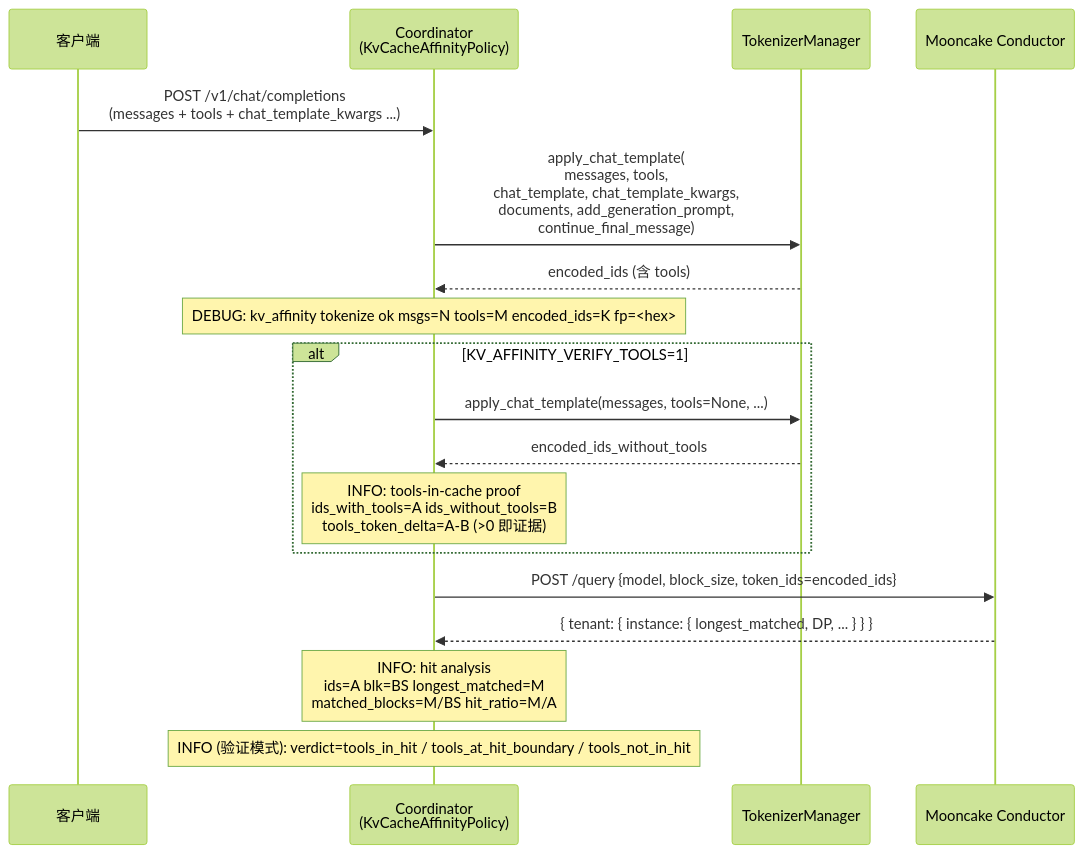
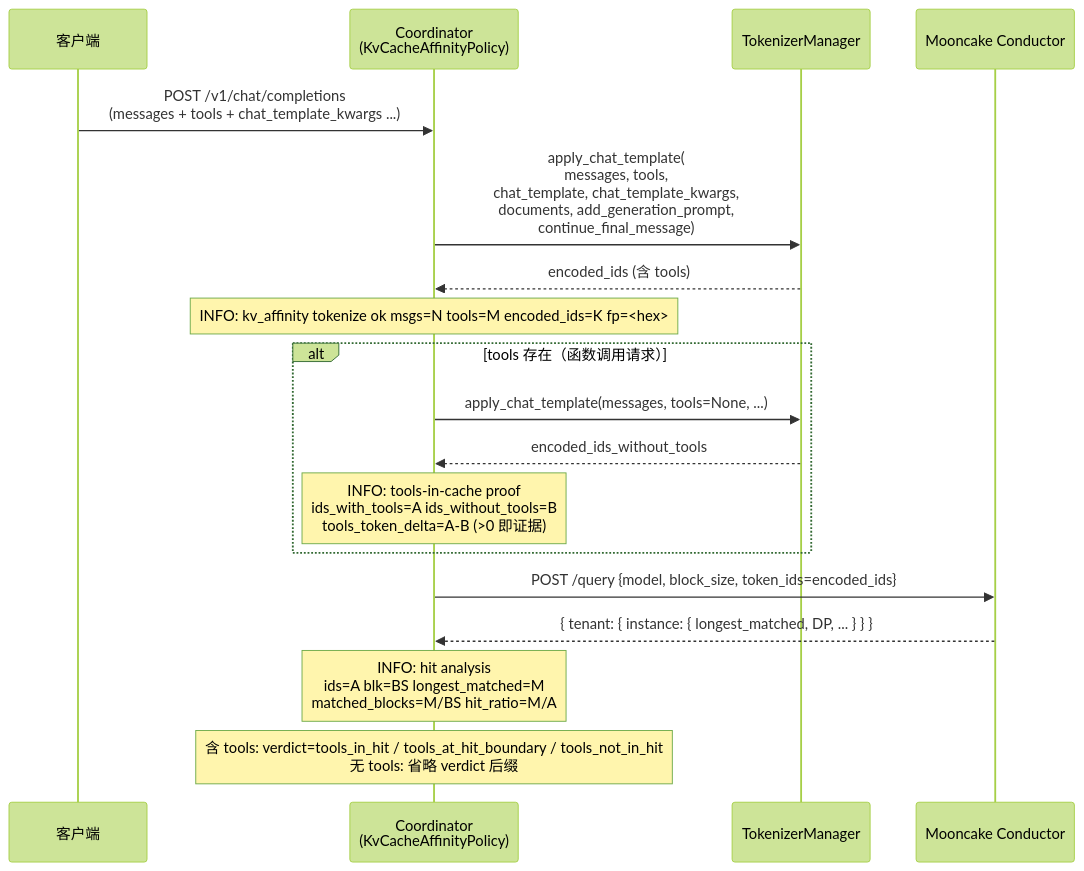
The third of 5 diagrams in docs/zh/developer_guide/kv_cache_affinity/prefix_cache_hit_rate_design.md (Lyr-GW/MindIE-PyMotor), drawn with Mermaid (forest theme) before and after one commit. The commit also changed other lines of this file and 2 other files, not shown here.

First line of the commit message:
refactor(kv-affinity): 三条证据日志默认 INFO 常开，移除 KV_AFFINITY_VERIFY_TOOLS env 开关

````diff
--- a/docs/zh/developer_guide/kv_cache_affinity/prefix_cache_hit_rate_design.md
+++ b/docs/zh/developer_guide/kv_cache_affinity/prefix_cache_hit_rate_design.md
@@ -255,23 +257,23 @@
 ```mermaid
 sequenceDiagram
     participant U as 客户端
     participant C as Coordinator<br/>(KvCacheAffinityPolicy)
     participant T as TokenizerManager
     participant K as Mooncake Conductor
 
     U->>C: POST /v1/chat/completions<br/>(messages + tools + chat_template_kwargs ...)
     C->>T: apply_chat_template(<br/> messages, tools, <br/> chat_template, chat_template_kwargs,<br/> documents, add_generation_prompt,<br/> continue_final_message)
     T-->>C: encoded_ids (含 tools)
-    Note over C: DEBUG: kv_affinity tokenize ok msgs=N tools=M encoded_ids=K fp=<hex>
+    Note over C: INFO: kv_affinity tokenize ok msgs=N tools=M encoded_ids=K fp=<hex>
 
-    alt KV_AFFINITY_VERIFY_TOOLS=1
+    alt tools 存在（函数调用请求）
         C->>T: apply_chat_template(messages, tools=None, ...)  # 侧信道
         T-->>C: encoded_ids_without_tools
         Note over C: INFO: tools-in-cache proof<br/>ids_with_tools=A ids_without_tools=B<br/>tools_token_delta=A-B (>0 即证据)
     end
 
     C->>K: POST /query {model, block_size, token_ids=encoded_ids}
     K-->>C: { tenant: { instance: { longest_matched, DP, ... } } }
     Note over C: INFO: hit analysis<br/>ids=A blk=BS longest_matched=M<br/>matched_blocks=M/BS hit_ratio=M/A
-    Note over C: INFO (验证模式): verdict=tools_in_hit / tools_at_hit_boundary / tools_not_in_hit
+    Note over C: 含 tools: verdict=tools_in_hit / tools_at_hit_boundary / tools_not_in_hit<br/>无 tools: 省略 verdict 后缀
 ```
````
